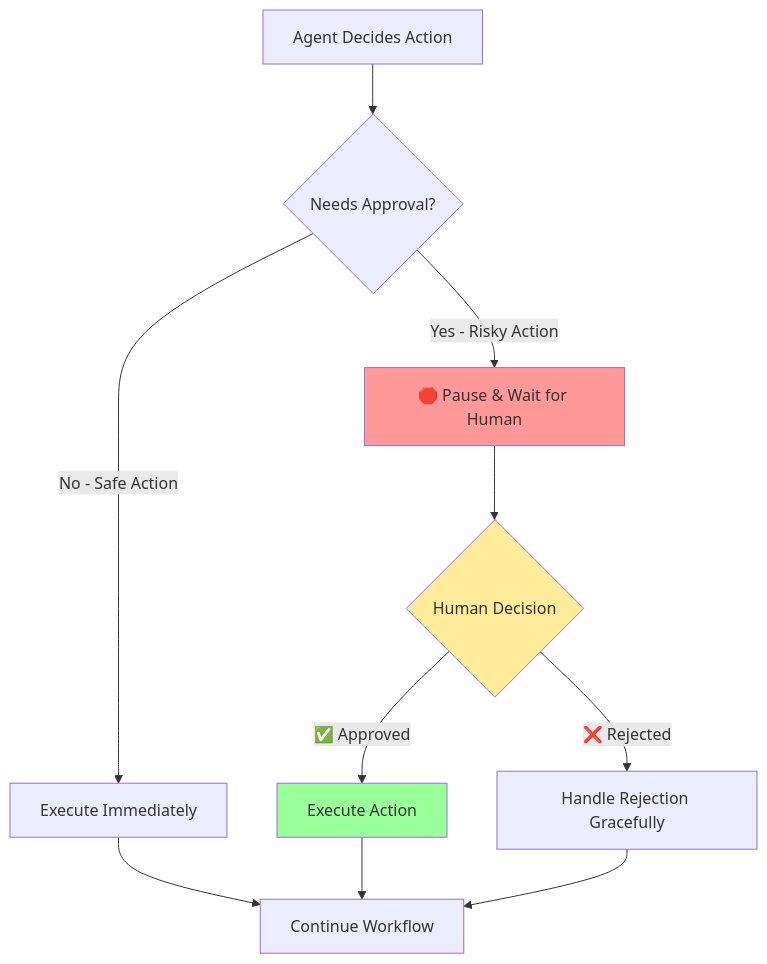
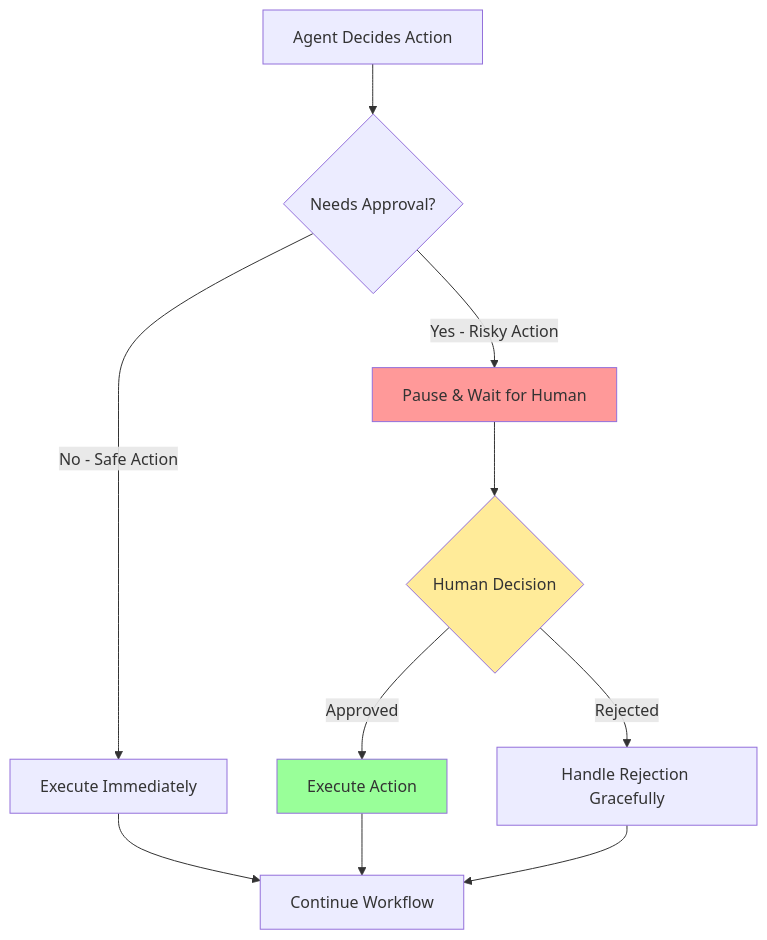
The diagram in Instructional-Design-Challenge/Day-02_Production-Ready/00-Lectures/02-Human-In-The-Loop.md (AliMehdii/Jedha-use-case), drawn with Mermaid before and after one commit. The commit also changed 9 other files, not shown here.

Commit message:
Refine instructional materials for AI agents: updated diagrams for chatbot vs. agent flows, improved state representation in exercises, and enhanced error handling visuals. Adjusted terminology for clarity and consistency across all lecture and exercise files.

````diff
--- a/Instructional-Design-Challenge/Day-02_Production-Ready/00-Lectures/02-Human-In-The-Loop.md
+++ b/Instructional-Design-Challenge/Day-02_Production-Ready/00-Lectures/02-Human-In-The-Loop.md
@@ -32,16 +32,16 @@
 ```mermaid
 graph TD
-    A[Agent Decides Action] --> B{Needs Approval?}
-    B -->|No - Safe Action| C[Execute Immediately]
-    B -->|Yes - Risky Action| D[🛑 Pause & Wait for Human]
-    D --> E{Human Decision}
-    E -->|✅ Approved| F[Execute Action]
-    E -->|❌ Rejected| G[Handle Rejection Gracefully]
-    C --> H[Continue Workflow]
+    A["Agent Decides Action"] --> B{"Needs Approval?"}
+    B -->|"No - Safe Action"| C["Execute Immediately"]
+    B -->|"Yes - Risky Action"| D["Pause & Wait for Human"]
+    D --> E{"Human Decision"}
+    E -->|"Approved"| F["Execute Action"]
+    E -->|"Rejected"| G["Handle Rejection Gracefully"]
+    C --> H["Continue Workflow"]
     F --> H
     G --> H
     
     style D fill:#ff9999
     style E fill:#ffeb99
     style F fill:#99ff99
 ```
````
